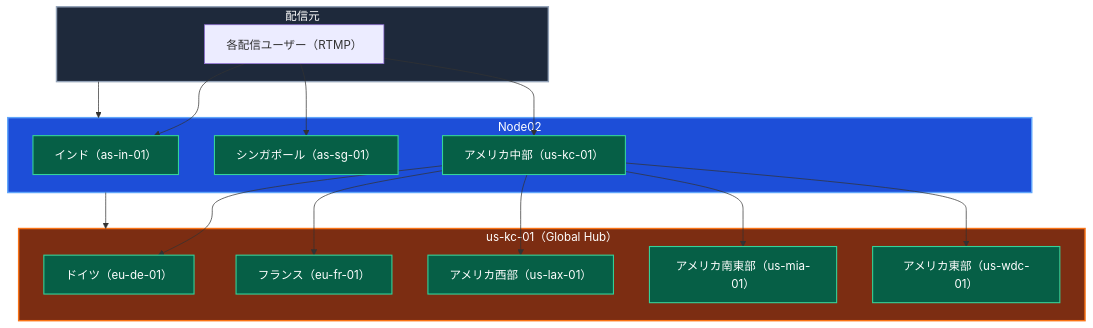
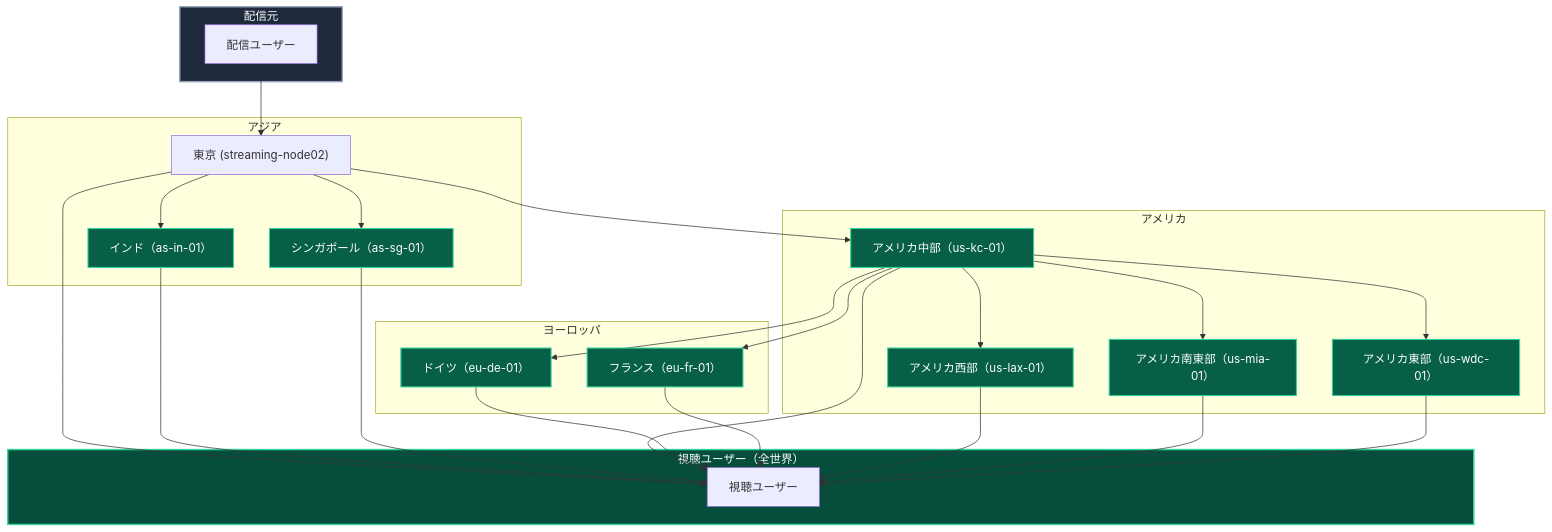
One commit to KuronekoServer/wiki.krnk.org changed the diagram in services/streaming-service/nyan-streaming/graph.md. Above: the diagram before and after it, drawn with Mermaid. The commit also changed other lines of this file, not shown here.

Commit message:
docs: update services/streaming-service/nyan-streaming/graph

````diff
--- a/services/streaming-service/nyan-streaming/graph.md
+++ b/services/streaming-service/nyan-streaming/graph.md
@@ -12,42 +12,59 @@
 ```mermaid
 flowchart TB
     %% =======================================
-    %% 配信全体構成図（全サーバー視聴可能）※日本リージョンからの配信の場合
+    %% 配信全体構成図（全サーバー視聴可能）
+    %% ※日本リージョンからの配信の場合
     %% =======================================
 
     %% === 配信元 ===
     subgraph SRC["配信元"]
-        A["各配信ユーザー（RTMP）"]
+        A["配信ユーザー"]
     end
 
-    %% === Node02 ===
-    subgraph NODE02["Node02"]
-        A --> IN["インド（as-in-01）"]
-        A --> SG["シンガポール（as-sg-01）"]
-        A --> KC["アメリカ中部（us-kc-01）"]
+    %% === Asia ===
+    subgraph ASIA["アジア"]
+    		A --> JP["東京 (streaming-node02)"]
+        JP --> IN["インド（as-in-01）"]
+        JP --> SG["シンガポール（as-sg-01）"]
     end
 
-    %% === KCノード ===
-    subgraph KCNODE["us-kc-01（Global Hub）"]
-        KC --> DE["ドイツ（eu-de-01）"]
-        KC --> FR["フランス（eu-fr-01）"]
+    %% === America ===
+    subgraph AMERICA["アメリカ"]
+    		JP --> KC["アメリカ中部（us-kc-01）"]
         KC --> LAX["アメリカ西部（us-lax-01）"]
         KC --> MIA["アメリカ南東部（us-mia-01）"]
         KC --> WDC["アメリカ東部（us-wdc-01）"]
     end
+    
+    %% === Europe ===
+    subgraph EU["ヨーロッパ"]
+    		KC --> DE["ドイツ（eu-de-01）"]
+        KC --> FR["フランス（eu-fr-01）"]
+    end
 
-    %% === 縦の階層構成 ===
-    SRC --> NODE02
-    NODE02 --> KCNODE
+    %% === 視聴層 ===
+    subgraph GLOBAL["視聴ユーザー（全世界）"]
+    		JP --> Global["視聴ユーザー"]
+        IN --> Global
+        SG --> Global
+        KC --> Global
+        DE --> Global
+        FR --> Global
+        LAX --> Global
+        MIA --> Global
+        WDC --> Global
+    end
 
     %% === スタイリング ===
     classDef src fill:#1e293b,stroke:#94a3b8,color:#fff,stroke-width:2px;
     classDef asia fill:#1d4ed8,stroke:#60a5fa,color:#fff,stroke-width:2px;
     classDef kc fill:#7c2d12,stroke:#f97316,color:#fff,stroke-width:2px;
+    classDef users fill:#064e3b,stroke:#34d399,color:#fff,stroke-width:2px;
     classDef edge fill:#065f46,stroke:#34d399,color:#fff,stroke-width:1.5px;
 
     class SRC src;
     class NODE02 asia;
     class KCNODE kc;
+    class GLOBAL users;
     class IN,SG,KC,DE,FR,LAX,MIA,WDC edge;
 ```
````
